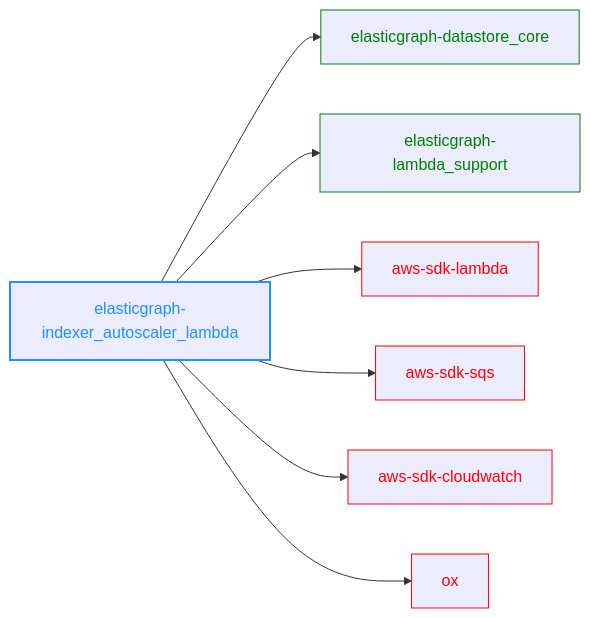
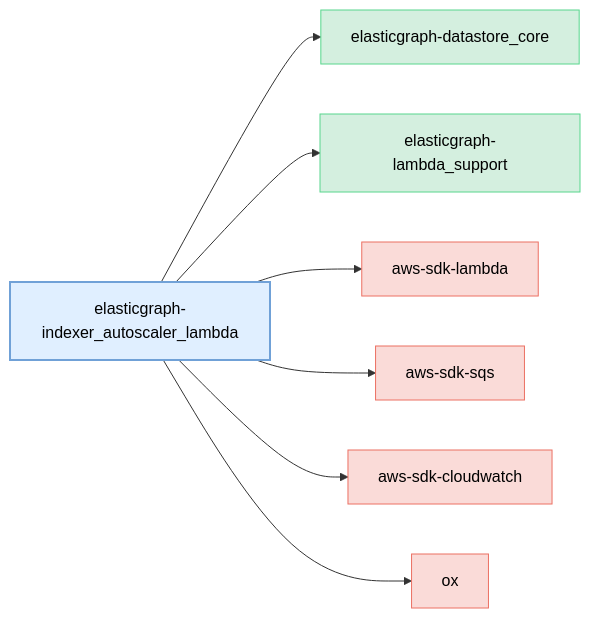
The diagram in elasticgraph-indexer_autoscaler_lambda/README.md (block/elasticgraph), drawn with Mermaid before and after one commit. The commit also changed 23 other files, not shown here.

````diff
--- a/elasticgraph-indexer_autoscaler_lambda/README.md
+++ b/elasticgraph-indexer_autoscaler_lambda/README.md
@@ -4,27 +4,30 @@
 ```mermaid
 graph LR;
+    classDef currentGemStyle fill:#E0EFFF,stroke:#70A1D7,color:#000,stroke-width:2px;
+    classDef internalEgGemStyle fill:#D4EFDF,stroke:#58D68D,color:#000;
+    classDef externalGemStyle fill:#FADBD8,stroke:#EC7063,color:#000;
     elasticgraph-indexer_autoscaler_lambda["elasticgraph-indexer_autoscaler_lambda"];
+    class elasticgraph-indexer_autoscaler_lambda currentGemStyle;
     elasticgraph-datastore_core["elasticgraph-datastore_core"];
     elasticgraph-indexer_autoscaler_lambda --> elasticgraph-datastore_core;
+    class elasticgraph-datastore_core internalEgGemStyle;
     elasticgraph-lambda_support["elasticgraph-lambda_support"];
     elasticgraph-indexer_autoscaler_lambda --> elasticgraph-lambda_support;
+    class elasticgraph-lambda_support internalEgGemStyle;
     aws-sdk-lambda["aws-sdk-lambda"];
     elasticgraph-indexer_autoscaler_lambda --> aws-sdk-lambda;
+    class aws-sdk-lambda externalGemStyle;
     aws-sdk-sqs["aws-sdk-sqs"];
     elasticgraph-indexer_autoscaler_lambda --> aws-sdk-sqs;
+    class aws-sdk-sqs externalGemStyle;
     aws-sdk-cloudwatch["aws-sdk-cloudwatch"];
     elasticgraph-indexer_autoscaler_lambda --> aws-sdk-cloudwatch;
+    class aws-sdk-cloudwatch externalGemStyle;
     ox["ox"];
     elasticgraph-indexer_autoscaler_lambda --> ox;
-    style elasticgraph-indexer_autoscaler_lambda color:DodgerBlue,stroke-width:2px,stroke:DodgerBlue;
-    style elasticgraph-datastore_core color:Green,stroke:Green;
-    style elasticgraph-lambda_support color:Green,stroke:Green;
-    style aws-sdk-lambda color:Red,stroke:Red;
-    style aws-sdk-sqs color:Red,stroke:Red;
-    style aws-sdk-cloudwatch color:Red,stroke:Red;
-    style ox color:Red,stroke:Red;
+    class ox externalGemStyle;
     click aws-sdk-lambda href "https://rubygems.org/gems/aws-sdk-lambda" "Open on RubyGems.org" _blank;
     click aws-sdk-sqs href "https://rubygems.org/gems/aws-sdk-sqs" "Open on RubyGems.org" _blank;
     click aws-sdk-cloudwatch href "https://rubygems.org/gems/aws-sdk-cloudwatch" "Open on RubyGems.org" _blank;
     click ox href "https://rubygems.org/gems/ox" "Open on RubyGems.org" _blank;
 ```
````
